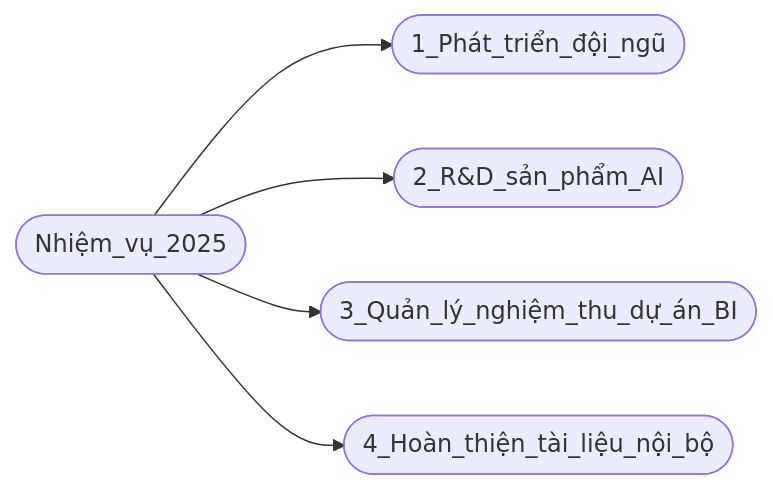
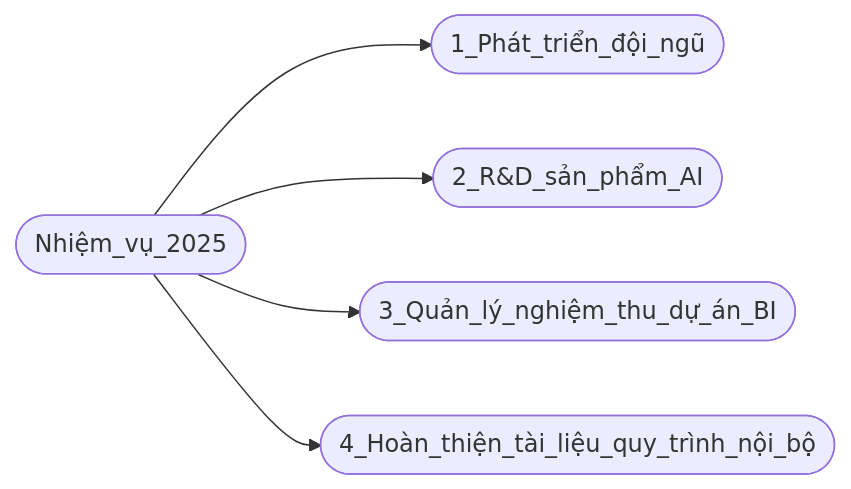
Before and after one commit to hoanglong8/FoxAI-Data-Analyst: the fourth of 4 diagrams in README.md, drawn with Mermaid. The commit also changed other lines of this file, not shown here.

````diff
--- a/README.md
+++ b/README.md
@@ -49,7 +49,7 @@
 ```mermaid
 flowchart LR
     id1([Nhiệm_vụ_2025]) --> id2([1_Phát_triển_đội_ngũ])
     id1([Nhiệm_vụ_2025]) --> id3([2_R&D_sản_phẩm_AI])
     id1([Nhiệm_vụ_2025]) --> id4([3_Quản_lý_nghiệm_thu_dự_án_BI])
-    id1([Nhiệm_vụ_2025]) --> id5([4_Hoàn_thiện_tài_liệu_nội_bộ])
+    id1([Nhiệm_vụ_2025]) --> id5([4_Hoàn_thiện_tài_liệu_quy_trình_nội_bộ])
 ```
````
